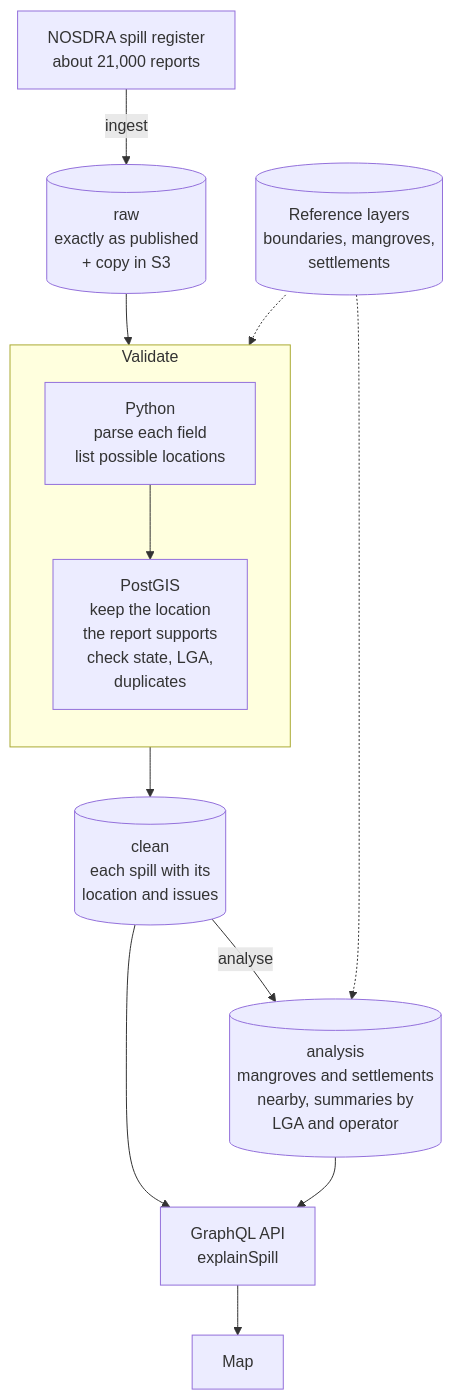
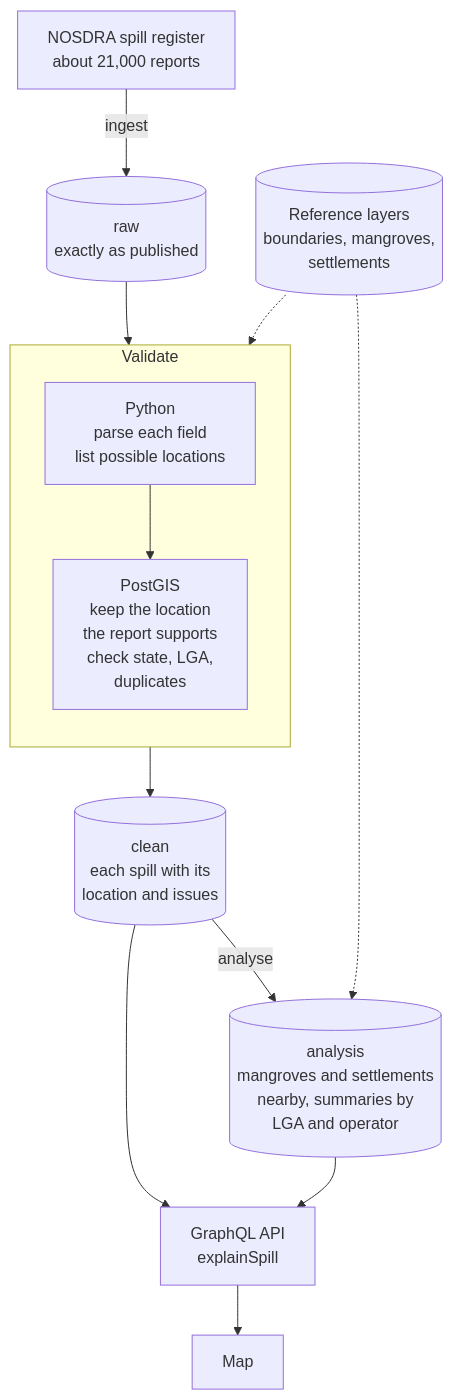
One commit to Geeker1/sheen changed the diagram in README.md. Above: the diagram before and after it, drawn with Mermaid. The commit also changed other lines of this file and 20 other files, not shown here.

````diff
--- a/README.md
+++ b/README.md
@@ -76,28 +76,28 @@
 ```mermaid
 flowchart TD
     src["NOSDRA spill register<br/>about 21,000 reports"]
-    raw[("raw<br/>exactly as published<br/>+ copy in S3")]
+    raw[("raw<br/>exactly as published")]
     ref[("Reference layers<br/>boundaries, mangroves,<br/>settlements")]
 
     subgraph validate ["Validate"]
         direction TB
         py["Python<br/>parse each field<br/>list possible locations"]
         pg["PostGIS<br/>keep the location<br/>the report supports<br/>check state, LGA,<br/>duplicates"]
         py --> pg
     end
 
     clean[("clean<br/>each spill with its<br/>location and issues")]
     ana[("analysis<br/>mangroves and settlements<br/>nearby, summaries by<br/>LGA and operator")]
     api["GraphQL API<br/>explainSpill"]
     map["Map"]
 
     src -->|ingest| raw
     raw --> py
     pg --> clean
     clean -->|analyse| ana
     ref -.-> pg
     ref -.-> ana
     clean --> api
     ana --> api
     api --> map
 ```
````
